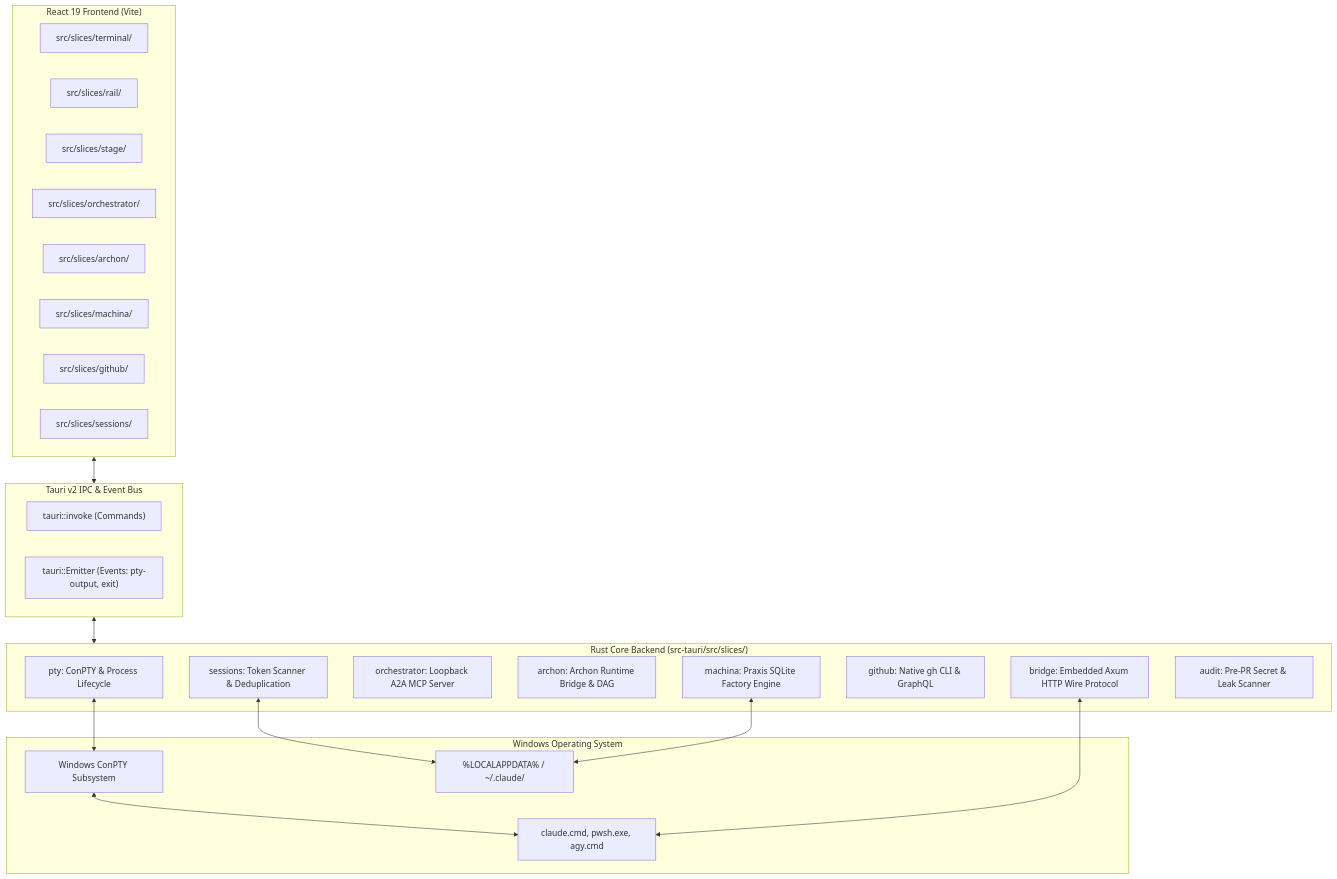
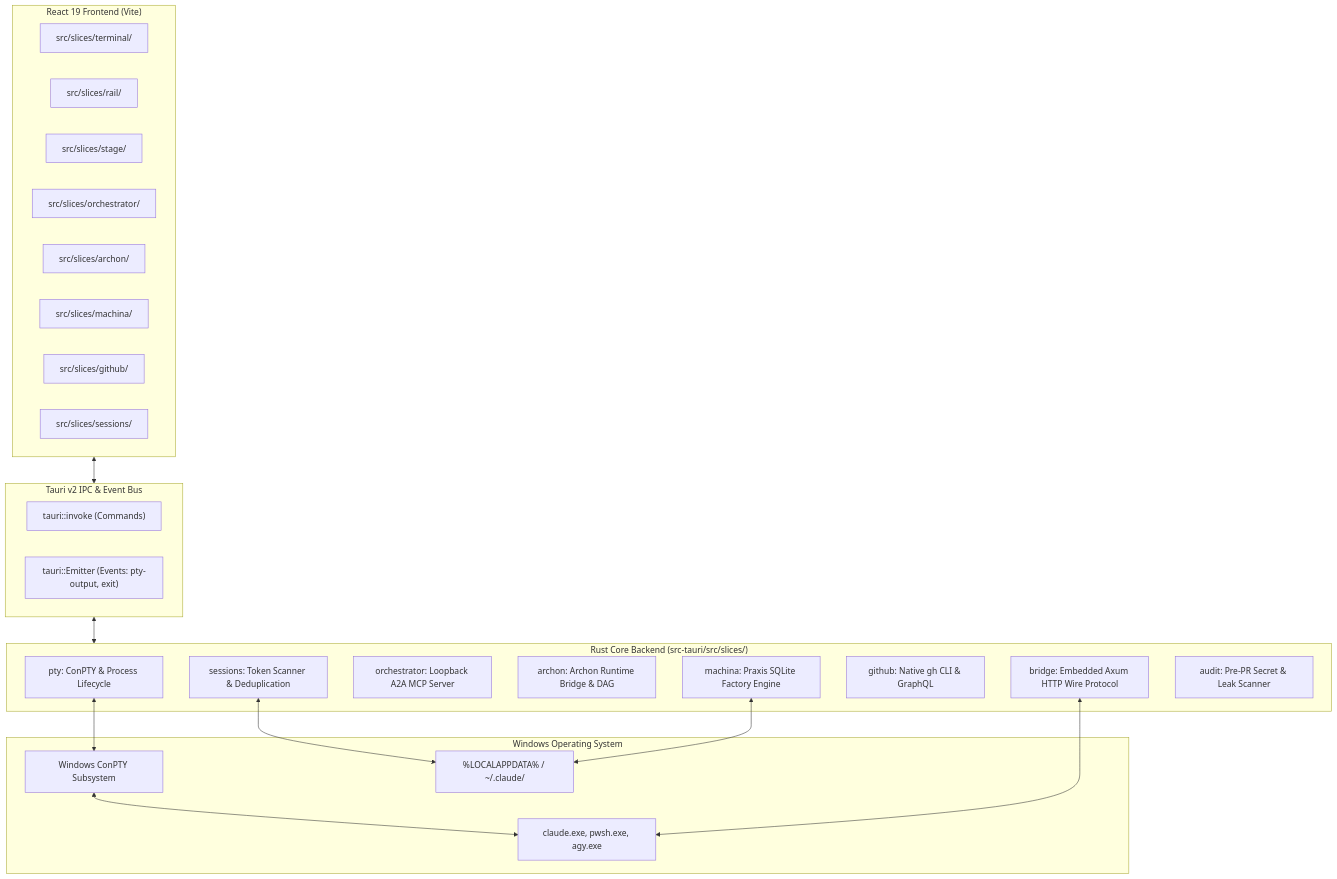
One commit to seanrobertwright/Quay-2 changed the diagram in docs/guide/architecture.md. Above: the diagram before and after it, drawn with Mermaid. The commit also changed other lines of this file and 5 other files, not shown here.

````diff
--- a/docs/guide/architecture.md
+++ b/docs/guide/architecture.md
@@ -9,43 +9,43 @@
 ```mermaid
 graph TB
     subgraph Frontend["React 19 Frontend (Vite)"]
         TerminalSlice["src/slices/terminal/"]
         RailSlice["src/slices/rail/"]
         StageSlice["src/slices/stage/"]
         A2ASlice["src/slices/orchestrator/"]
         ArchonSlice["src/slices/archon/"]
         MachinaSlice["src/slices/machina/"]
         GithubSlice["src/slices/github/"]
         SessionSlice["src/slices/sessions/"]
     end
 
     subgraph IPC["Tauri v2 IPC & Event Bus"]
         Commands["tauri::invoke (Commands)"]
         Events["tauri::Emitter (Events: pty-output, exit)"]
     end
 
     subgraph Backend["Rust Core Backend (src-tauri/src/slices/)"]
         PTYSlice["pty: ConPTY & Process Lifecycle"]
         BridgeSlice["bridge: Embedded Axum HTTP Wire Protocol"]
         OrchSlice["orchestrator: Loopback A2A MCP Server"]
         ArchonB["archon: Archon Runtime Bridge & DAG"]
         MachinaB["machina: Praxis SQLite Factory Engine"]
         GithubB["github: Native gh CLI & GraphQL"]
         SessionB["sessions: Token Scanner & Deduplication"]
         AuditB["audit: Pre-PR Secret & Leak Scanner"]
     end
 
     subgraph OS["Windows Operating System"]
         ConPTY["Windows ConPTY Subsystem"]
-        Processes["claude.cmd, pwsh.exe, agy.cmd"]
+        Processes["claude.exe, pwsh.exe, agy.exe"]
         FS["%LOCALAPPDATA% / ~/.claude/"]
     end
 
     Frontend <--> IPC
     IPC <--> Backend
     PTYSlice <--> ConPTY
     ConPTY <--> Processes
     BridgeSlice <--> Processes
     SessionB <--> FS
     MachinaB <--> FS
 ```
````
